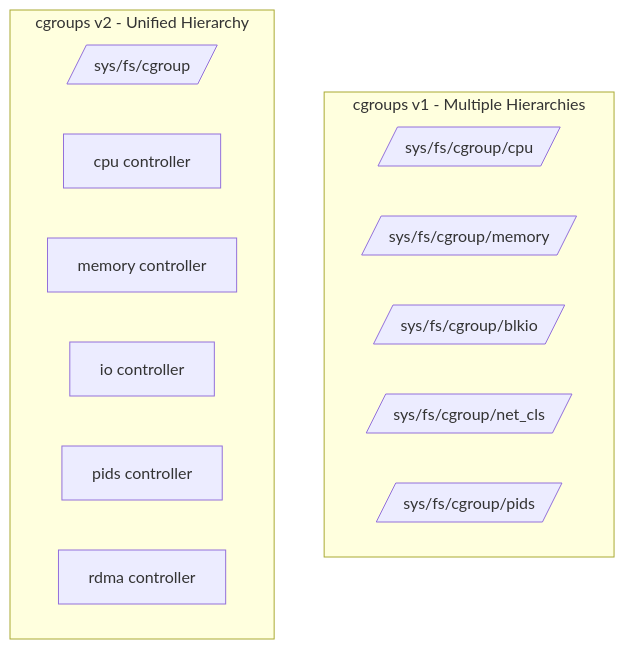
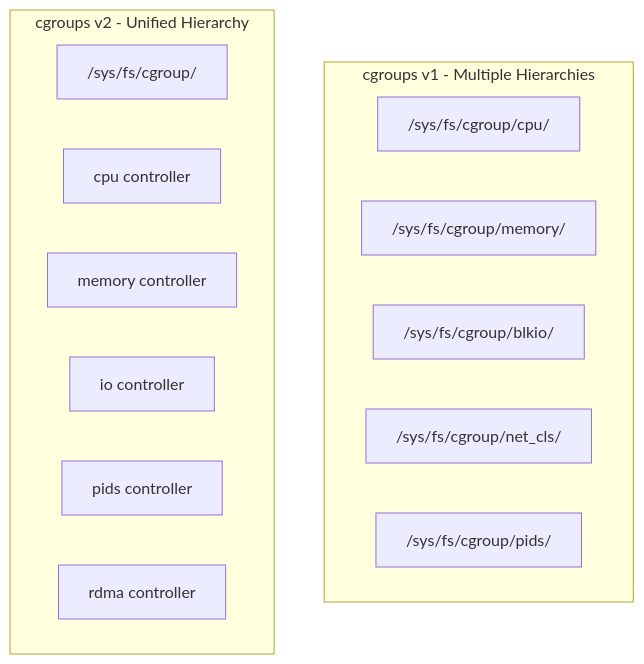
One commit to Abhinav-Kumar012/lb2 changed the first of 4 diagrams in src/containers/cgroups-v2.md. Above: the diagram before and after it, drawn with Mermaid. The commit also changed other lines of this file and 83 other files, not shown here.

Commit message:
Mermaid fix 2: fixed 49 blocks in kernel processes + memory (br tags, flowchart)

````diff
--- a/src/containers/cgroups-v2.md
+++ b/src/containers/cgroups-v2.md
@@ -11,18 +11,18 @@
 ```mermaid
-graph TB
-    subgraph cgroups v1 - Multiple Hierarchies
-        V1_CPU[/sys/fs/cgroup/cpu/]
-        V1_MEM[/sys/fs/cgroup/memory/]
-        V1_BLKIO[/sys/fs/cgroup/blkio/]
-        V1_NETCLS[/sys/fs/cgroup/net_cls/]
-        V1_PIDS[/sys/fs/cgroup/pids/]
+flowchart TB
+    subgraph cgroups_v1___Multiple_Hierarchies["cgroups v1 - Multiple Hierarchies"]
+        V1_CPU["/sys/fs/cgroup/cpu/"]
+        V1_MEM["/sys/fs/cgroup/memory/"]
+        V1_BLKIO["/sys/fs/cgroup/blkio/"]
+        V1_NETCLS["/sys/fs/cgroup/net_cls/"]
+        V1_PIDS["/sys/fs/cgroup/pids/"]
     end
-    subgraph cgroups v2 - Unified Hierarchy
-        V2_ROOT[/sys/fs/cgroup/]
+    subgraph cgroups_v2___Unified_Hierarchy["cgroups v2 - Unified Hierarchy"]
+        V2_ROOT["/sys/fs/cgroup/"]
         V2_CPU[cpu controller]
         V2_MEM[memory controller]
         V2_IO[io controller]
         V2_PID[pids controller]
         V2_RDMA[rdma controller]
     end
 ```
````
